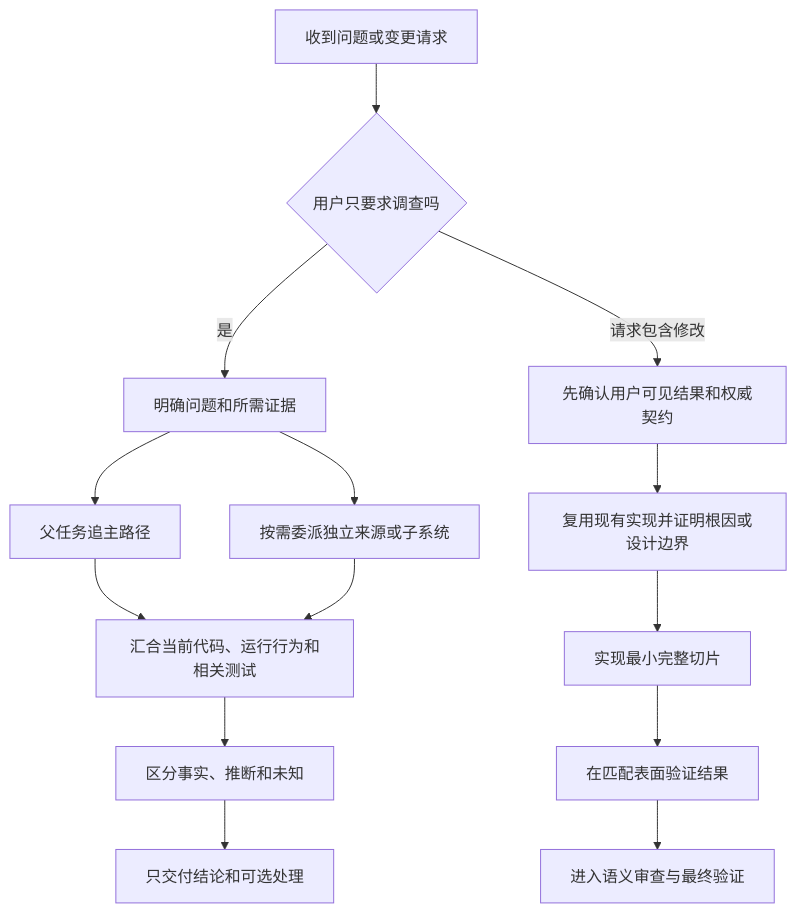
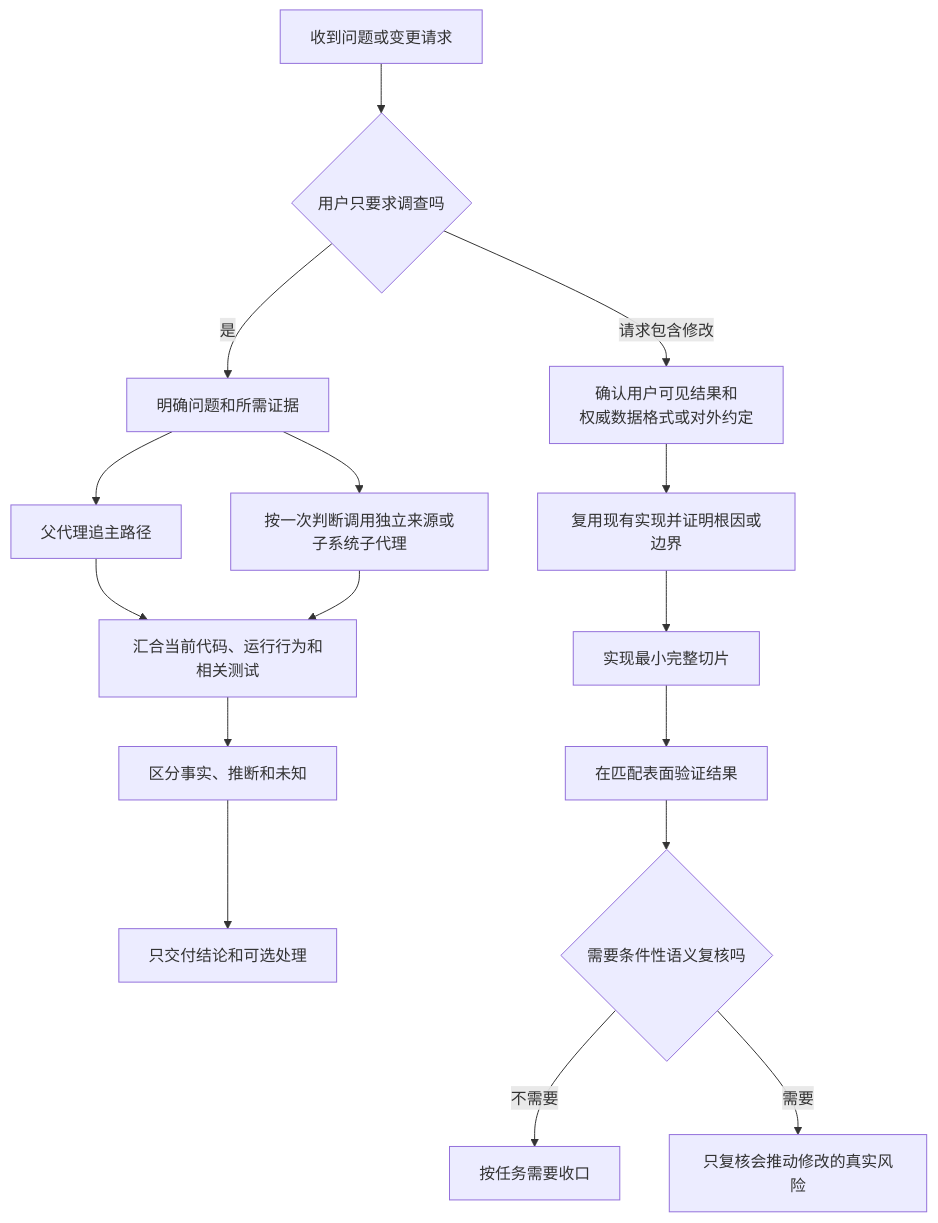
One commit to Lang45/codex-lean-stack changed the sixth of 13 diagrams in skills/lean-stack/references/flowcharts-zh.md. Above: the diagram before and after it, drawn with Mermaid. The commit also changed other lines of this file and 25 other files, not shown here.

````diff
--- a/skills/lean-stack/references/flowcharts-zh.md
+++ b/skills/lean-stack/references/flowcharts-zh.md
@@ -129,16 +411,18 @@
 ```mermaid
 flowchart TD
     A[收到问题或变更请求] --> B{用户只要求调查吗}
     B -->|是| C[明确问题和所需证据]
-    C --> D[父任务追主路径]
-    C --> E[按需委派独立来源或子系统]
+    C --> D[父代理追主路径]
+    C --> E[按一次判断调用独立来源或子系统子代理]
     D --> F[汇合当前代码、运行行为和相关测试]
     E --> F
     F --> G[区分事实、推断和未知]
     G --> H[只交付结论和可选处理]
-    B -->|请求包含修改| I[先确认用户可见结果和权威契约]
-    I --> J[复用现有实现并证明根因或设计边界]
+    B -->|请求包含修改| I[确认用户可见结果和<br/>权威数据格式或对外约定]
+    I --> J[复用现有实现并证明根因或边界]
     J --> K[实现最小完整切片]
     K --> L[在匹配表面验证结果]
-    L --> M[进入语义审查与最终验证]
+    L --> M{需要条件性语义复核吗}
+    M -->|不需要| N[按任务需要收口]
+    M -->|需要| O[只复核会推动修改的真实风险]
 ```
````
